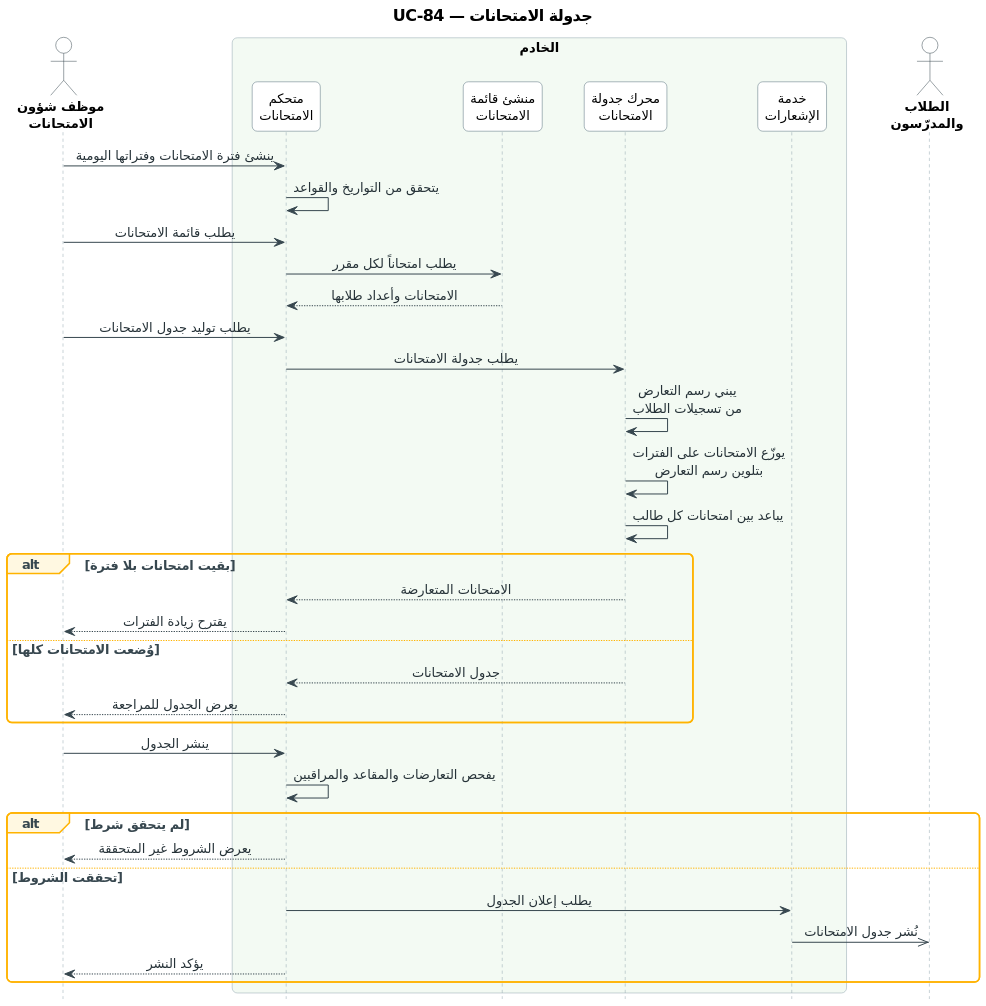
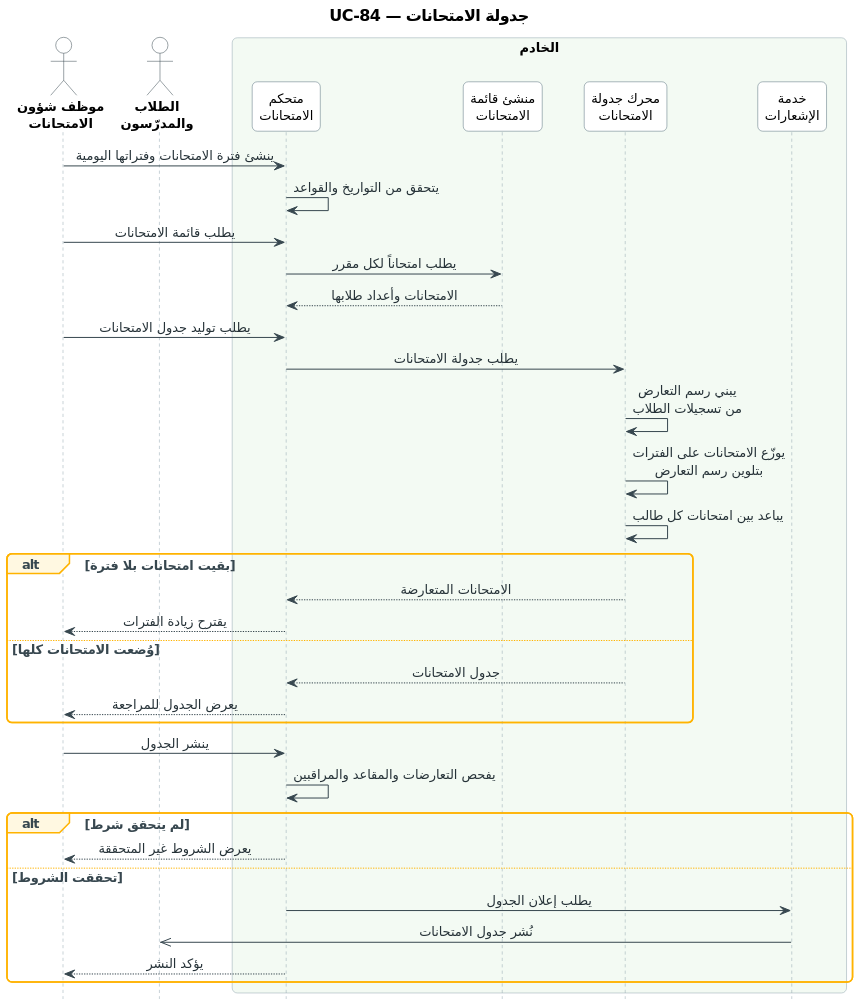
One commit to abdalkareemhegazy/OptiTime changed the diagram in Files/Assets/UseCases/Sequence Diagram/New/Arabic/Src/UC-84_exam_schedule.puml. Above: the diagram before and after it, drawn with PlantUML. The commit also changed other lines of this file and 24 other files, not shown here.

First line of the commit message:
OPT-11 Update main-case sequence diagrams

```diff
--- a/Files/Assets/UseCases/Sequence Diagram/New/Arabic/Src/UC-84_exam_schedule.puml
+++ b/Files/Assets/UseCases/Sequence Diagram/New/Arabic/Src/UC-84_exam_schedule.puml
@@ -1,69 +1,69 @@
 @startuml UC-84_exam_schedule
 skinparam dpi 150
 ' ===== النمط الموحّد (مثل مخططات النشاط) =====
 skinparam defaultFontName Tahoma
 skinparam defaultFontSize 13
 skinparam shadowing false
 skinparam roundcorner 10
 skinparam ArrowColor #37474F
 skinparam ArrowFontColor #263238
 skinparam TitleFontSize 16
 skinparam TitleFontStyle bold
 skinparam ParticipantBackgroundColor #FFFFFF
 skinparam ParticipantBorderColor #546E7A
 skinparam ParticipantFontSize 13
 skinparam ActorBackgroundColor #FFFFFF
 skinparam ActorBorderColor #37474F
 skinparam ActorFontSize 13
 skinparam ActorFontStyle bold
 skinparam SequenceLifeLineBorderColor #90A4AE
 skinparam SequenceBoxBorderColor #90A4AE
 skinparam SequenceBoxFontSize 14
 skinparam SequenceBoxFontStyle bold
 skinparam SequenceGroupBorderColor #FFB300
 skinparam SequenceGroupBackgroundColor #FFF8E1
 skinparam SequenceGroupFontColor #37474F
 skinparam SequenceGroupHeaderFontColor #37474F
 skinparam sequenceMessageAlign center
 skinparam ParticipantPadding 16
 skinparam BoxPadding 12
 hide footbox
 ' ===== المخطط =====
 title UC-84 — جدولة الامتحانات
 
 actor "موظف شؤون\nالامتحانات" as U
+actor "الطلاب\nوالمدرّسون" as R
 box "الخادم" #F3FAF3
   participant "متحكم\nالامتحانات" as EX
   participant "منشئ قائمة\nالامتحانات" as LB
   participant "محرك جدولة\nالامتحانات" as ES
   participant "خدمة\nالإشعارات" as NS
 end box
-actor "الطلاب\nوالمدرّسون" as R
 
 U -> EX : ينشئ فترة الامتحانات وفتراتها اليومية
 EX -> EX : يتحقق من التواريخ والقواعد
 U -> EX : يطلب قائمة الامتحانات
 EX -> LB : يطلب امتحاناً لكل مقرر
 LB --> EX : الامتحانات وأعداد طلابها
 U -> EX : يطلب توليد جدول الامتحانات
 EX -> ES : يطلب جدولة الامتحانات
 ES -> ES : يبني رسم التعارض\nمن تسجيلات الطلاب
 ES -> ES : يوزّع الامتحانات على الفترات\nبتلوين رسم التعارض
 ES -> ES : يباعد بين امتحانات كل طالب
 alt بقيت امتحانات بلا فترة
   ES --> EX : الامتحانات المتعارضة
   EX --> U : يقترح زيادة الفترات
 else وُضعت الامتحانات كلها
   ES --> EX : جدول الامتحانات
   EX --> U : يعرض الجدول للمراجعة
 end
 U -> EX : ينشر الجدول
 EX -> EX : يفحص التعارضات والمقاعد والمراقبين
 alt لم يتحقق شرط
   EX --> U : يعرض الشروط غير المتحققة
 else تحققت الشروط
   EX -> NS : يطلب إعلان الجدول
   NS ->> R : نُشر جدول الامتحانات
   EX --> U : يؤكد النشر
 end
 @enduml
```
